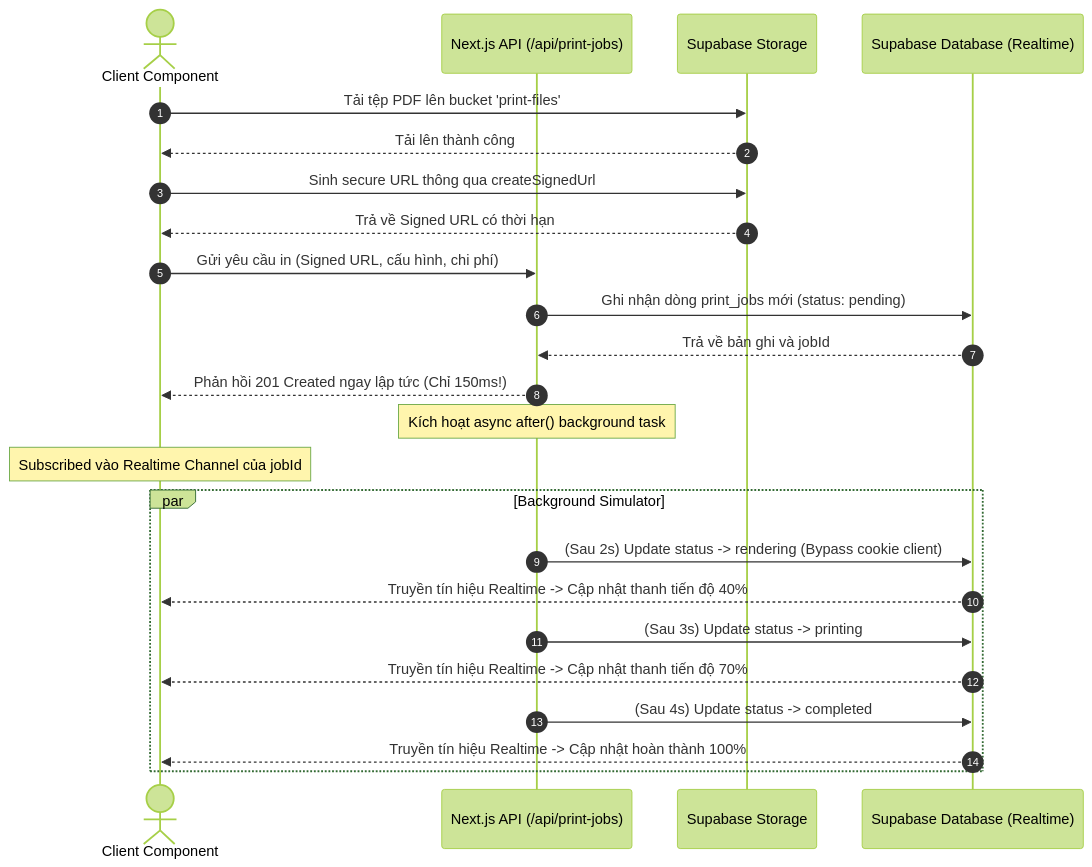
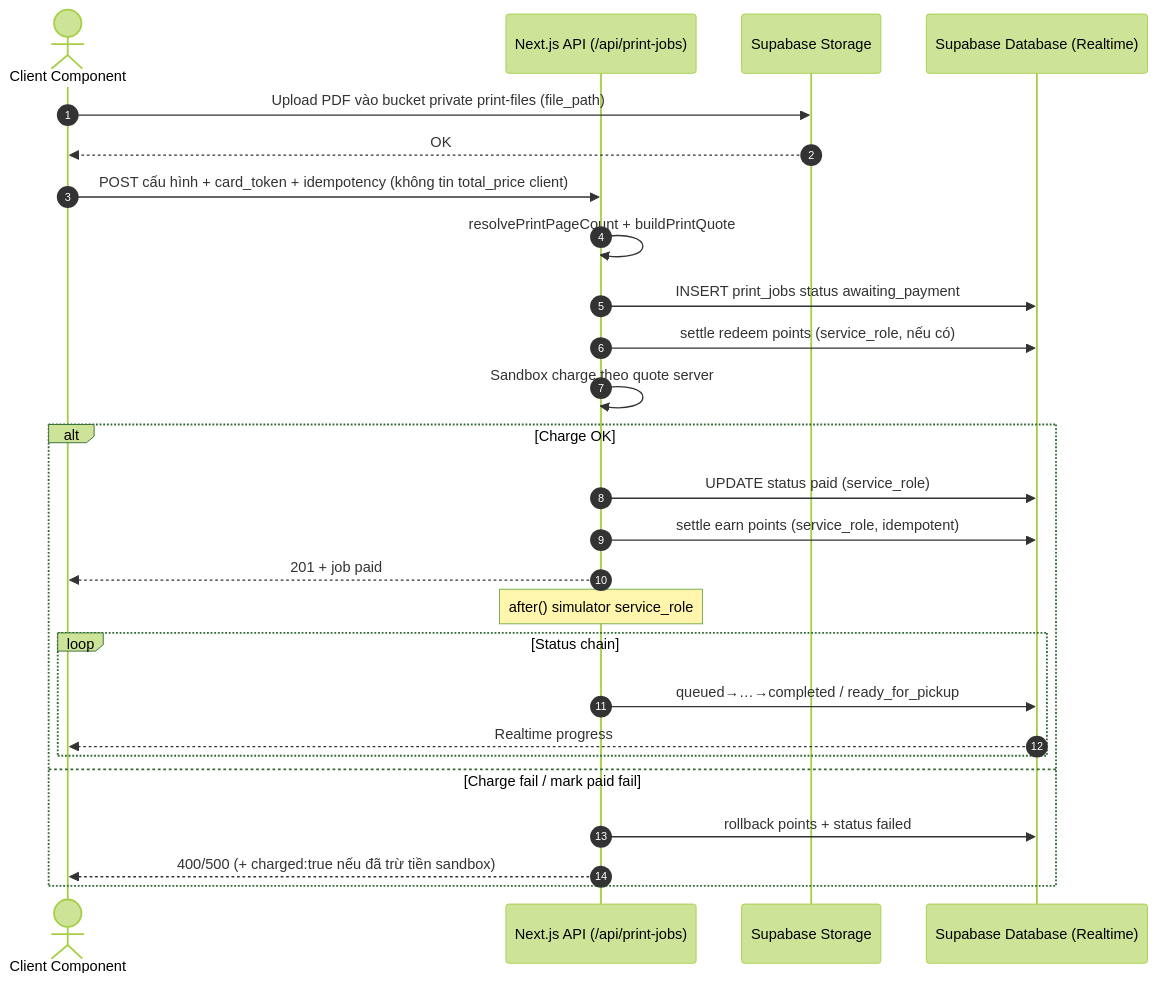
The fourth of 4 diagrams in ARCHITECTURE.md (iamtomnotjerry/NguyenDinhBao_Round2_Submission), drawn with Mermaid (forest theme) before and after one commit. The commit also changed other lines of this file and 13 other files, not shown here.

````diff
--- a/ARCHITECTURE.md
+++ b/ARCHITECTURE.md
@@ -134,28 +139,29 @@
 ```mermaid
 sequenceDiagram
     autonumber
     actor User as Client Component
     participant Server as Next.js API (/api/print-jobs)
     participant Storage as Supabase Storage
     participant DB as Supabase Database (Realtime)
 
-    User->>Storage: Tải tệp PDF lên bucket 'print-files'
-    Storage-->>User: Tải lên thành công
-    User->>Storage: Sinh secure URL thông qua createSignedUrl
-    Storage-->>User: Trả về Signed URL có thời hạn
-    User->>Server: Gửi yêu cầu in (Signed URL, cấu hình, chi phí)
-    Server->>DB: Ghi nhận dòng print_jobs mới (status: pending)
-    DB-->>Server: Trả về bản ghi và jobId
-    Server-->>User: Phản hồi 201 Created ngay lập tức (Chỉ 150ms!)
-    Note over Server: Kích hoạt async after() background task
-    Note over User: Subscribed vào Realtime Channel của jobId
-
-    par Background Simulator
-        Server->>DB: (Sau 2s) Update status -> rendering (Bypass cookie client)
-        DB-->>User: Truyền tín hiệu Realtime -> Cập nhật thanh tiến độ 40%
-        Server->>DB: (Sau 3s) Update status -> printing
-        DB-->>User: Truyền tín hiệu Realtime -> Cập nhật thanh tiến độ 70%
-        Server->>DB: (Sau 4s) Update status -> completed
-        DB-->>User: Truyền tín hiệu Realtime -> Cập nhật hoàn thành 100%
+    User->>Storage: Upload PDF vào bucket private print-files (file_path)
+    Storage-->>User: OK
+    User->>Server: POST cấu hình + card_token + idempotency (không tin total_price client)
+    Server->>Server: resolvePrintPageCount + buildPrintQuote
+    Server->>DB: INSERT print_jobs status awaiting_payment
+    Server->>DB: settle redeem points (service_role, nếu có)
+    Server->>Server: Sandbox charge theo quote server
+    alt Charge OK
+        Server->>DB: UPDATE status paid (service_role)
+        Server->>DB: settle earn points (service_role, idempotent)
+        Server-->>User: 201 + job paid
+        Note over Server: after() simulator service_role
+        loop Status chain
+            Server->>DB: queued→…→completed / ready_for_pickup
+            DB-->>User: Realtime progress
+        end
+    else Charge fail / mark paid fail
+        Server->>DB: rollback points + status failed
+        Server-->>User: 400/500 (+ charged:true nếu đã trừ tiền sandbox)
     end
 ```
````
